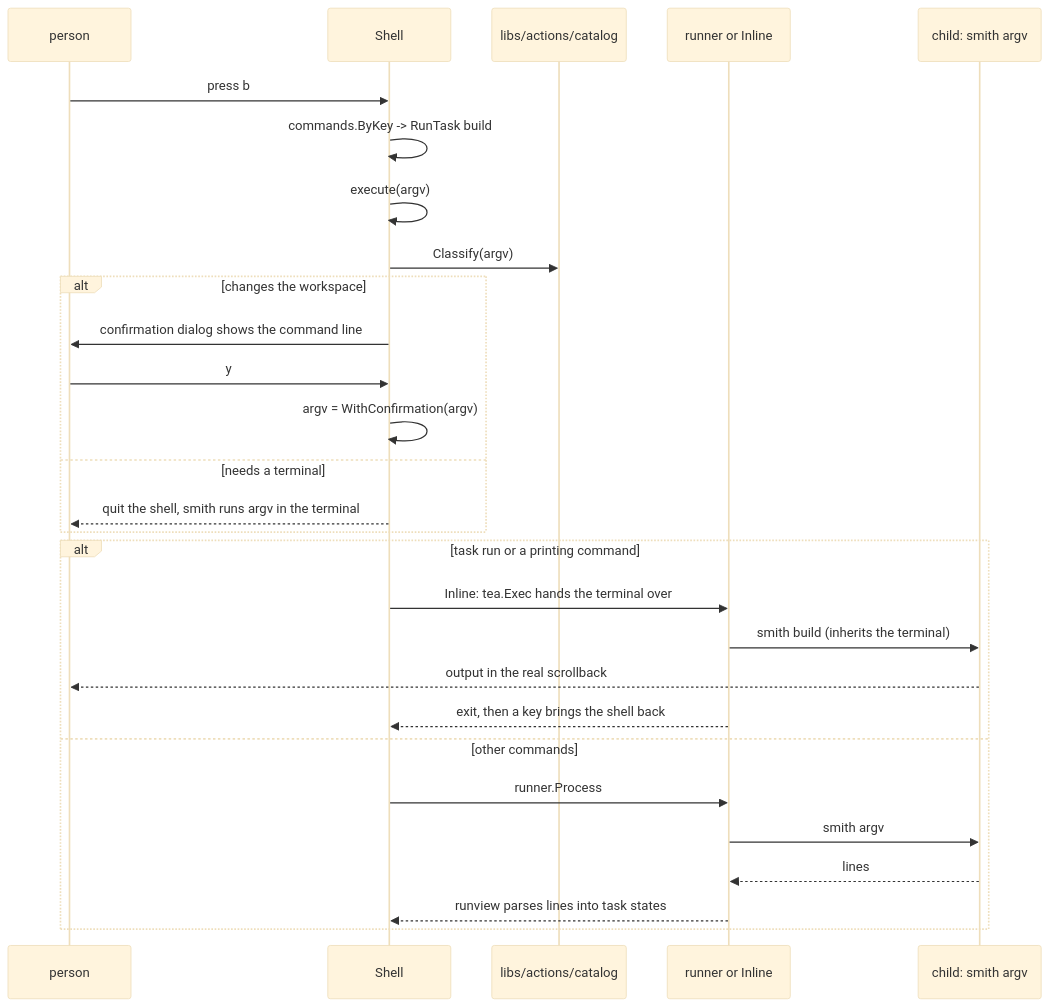
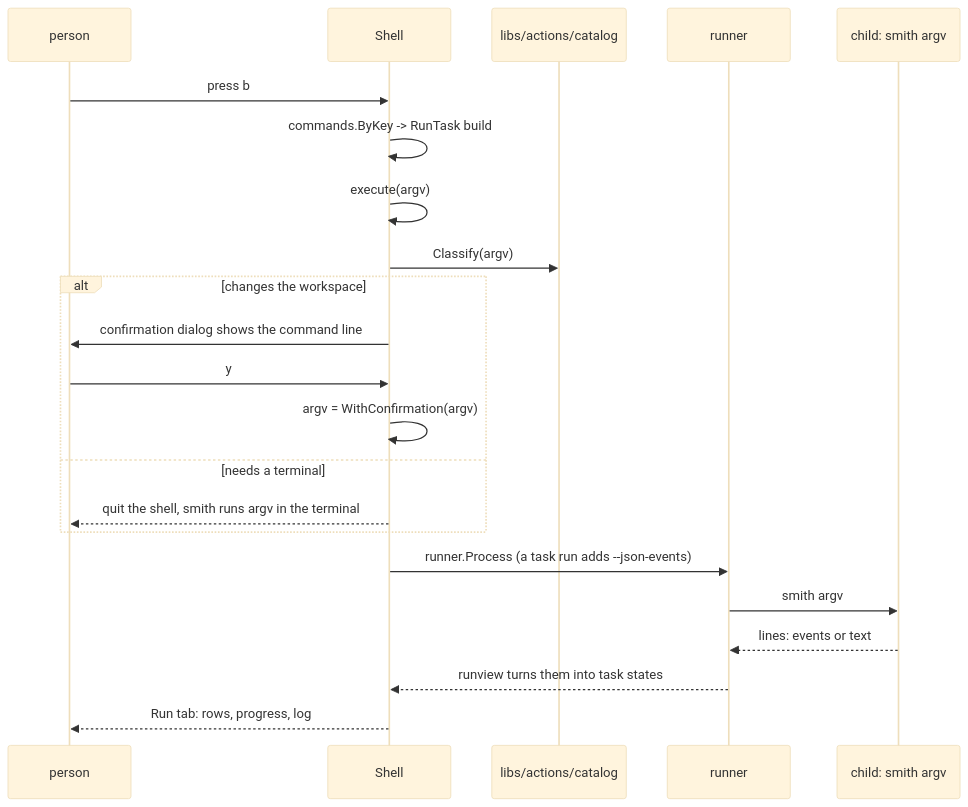
The second of 2 diagrams in docs/architecture/tui-architecture.md (monosmith-app/monosmith), drawn with Mermaid (base theme) before and after one commit. The commit also changed other lines of this file and 26 other files, not shown here.

First line of the commit message:
feat(smith): task runs from the TUI stay in the Run tab with live status

````diff
--- a/docs/architecture/tui-architecture.md
+++ b/docs/architecture/tui-architecture.md
@@ -105,30 +104,24 @@
 ```mermaid
 sequenceDiagram
   participant P as person
   participant S as Shell
   participant C as libs/actions/catalog
-  participant R as runner or Inline
+  participant R as runner
   participant X as child: smith argv
   P->>S: press b
   S->>S: commands.ByKey -> RunTask build
   S->>S: execute(argv)
   S->>C: Classify(argv)
   alt changes the workspace
     S->>P: confirmation dialog shows the command line
     P->>S: y
     S->>S: argv = WithConfirmation(argv)
   else needs a terminal
     S-->>P: quit the shell, smith runs argv in the terminal
   end
-  alt task run or a printing command
-    S->>R: Inline: tea.Exec hands the terminal over
-    R->>X: smith build (inherits the terminal)
-    X-->>P: output in the real scrollback
-    R-->>S: exit, then a key brings the shell back
-  else other commands
-    S->>R: runner.Process
-    R->>X: smith argv
-    X-->>R: lines
-    R-->>S: runview parses lines into task states
-  end
+  S->>R: runner.Process (a task run adds --json-events)
+  R->>X: smith argv
+  X-->>R: lines: events or text
+  R-->>S: runview turns them into task states
+  S-->>P: Run tab: rows, progress, log
 ```
````
